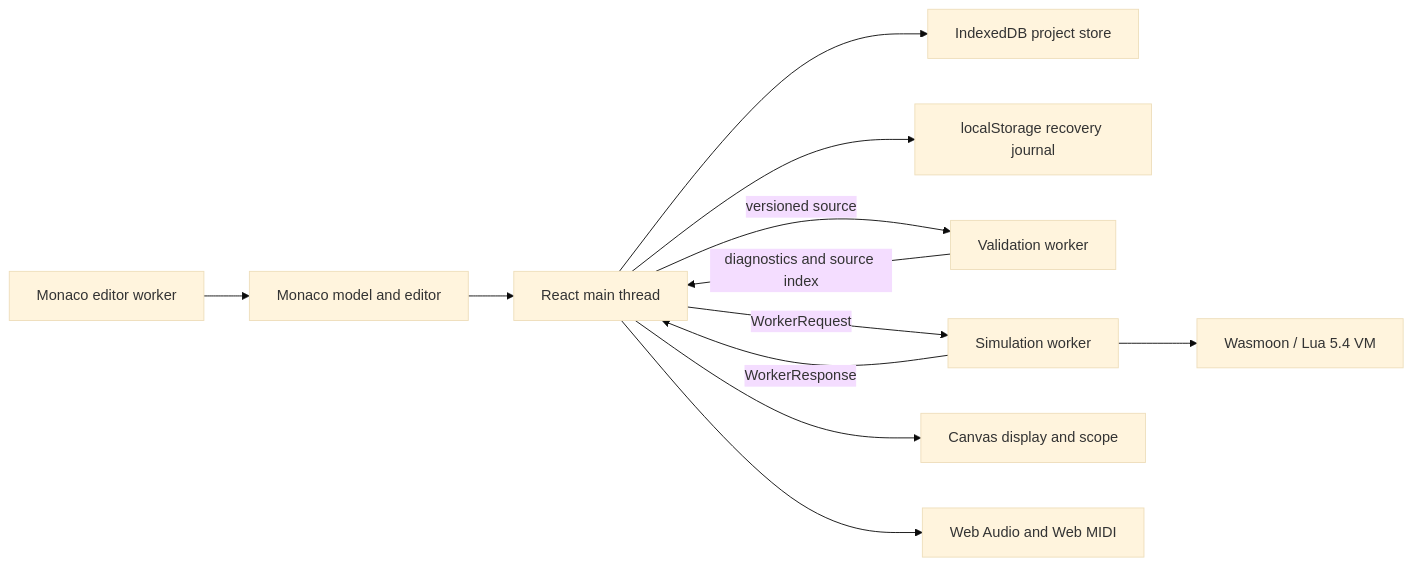
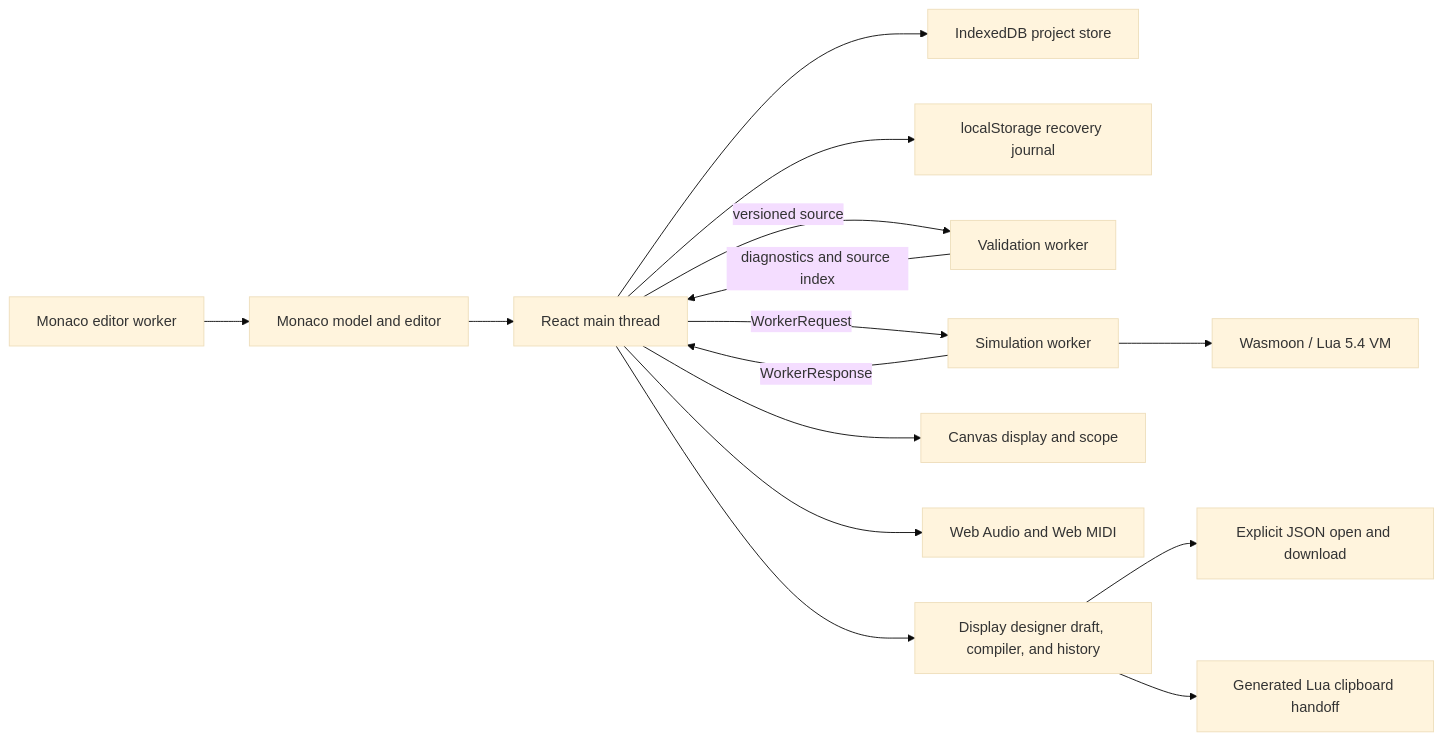
One commit to FrediBach/luading changed the diagram in docs/ARCHITECTURE.md. Above: the diagram before and after it, drawn with Mermaid (base theme). The commit also changed other lines of this file and 9 other files, not shown here.

Commit message:
Add increment 8 of display designer

````diff
--- a/docs/ARCHITECTURE.md
+++ b/docs/ARCHITECTURE.md
@@ -52,14 +52,17 @@
 ```mermaid
 flowchart LR
   Monaco[Monaco model and editor] --> Main[React main thread]
   Main --> ProjectStore[IndexedDB project store]
   Main --> Recovery[localStorage recovery journal]
   Main -->|versioned source| Validation[Validation worker]
   Validation -->|diagnostics and source index| Main
   Main -->|WorkerRequest| Simulation[Simulation worker]
   Simulation --> Wasmoon[Wasmoon / Lua 5.4 VM]
   Simulation -->|WorkerResponse| Main
   Main --> Display[Canvas display and scope]
   Main --> BrowserIO[Web Audio and Web MIDI]
+  Main --> Designer[Display designer draft, compiler, and history]
+  Designer --> DesignFiles[Explicit JSON open and download]
+  Designer --> Clipboard[Generated Lua clipboard handoff]
   MonacoWorker[Monaco editor worker] --> Monaco
 ```
````
